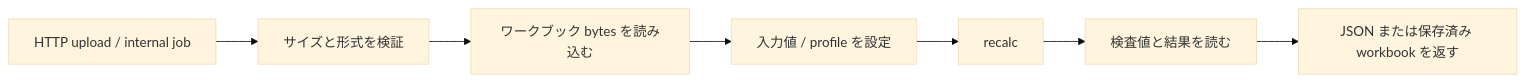
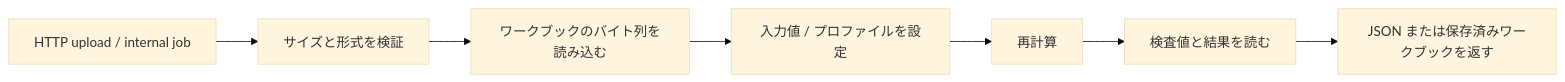
One commit to libraz/formulon-homepage changed the diagram in src/ja/scenarios/node-service.md. Above: the diagram before and after it, drawn with Mermaid (base theme). The commit also changed other lines of this file and 49 other files, not shown here.

````diff
--- a/src/ja/scenarios/node-service.md
+++ b/src/ja/scenarios/node-service.md
@@ -11,9 +11,9 @@
 ```mermaid
 flowchart LR
   A[HTTP upload / internal job] --> B[サイズと形式を検証]
-  B --> C[ワークブック bytes を読み込む]
-  C --> D[入力値 / profile を設定]
-  D --> E[recalc]
+  B --> C[ワークブックのバイト列を読み込む]
+  C --> D[入力値 / プロファイルを設定]
+  D --> E[再計算]
   E --> F[検査値と結果を読む]
-  F --> G[JSON または保存済み workbook を返す]
+  F --> G[JSON または保存済みワークブックを返す]
 ```
````
